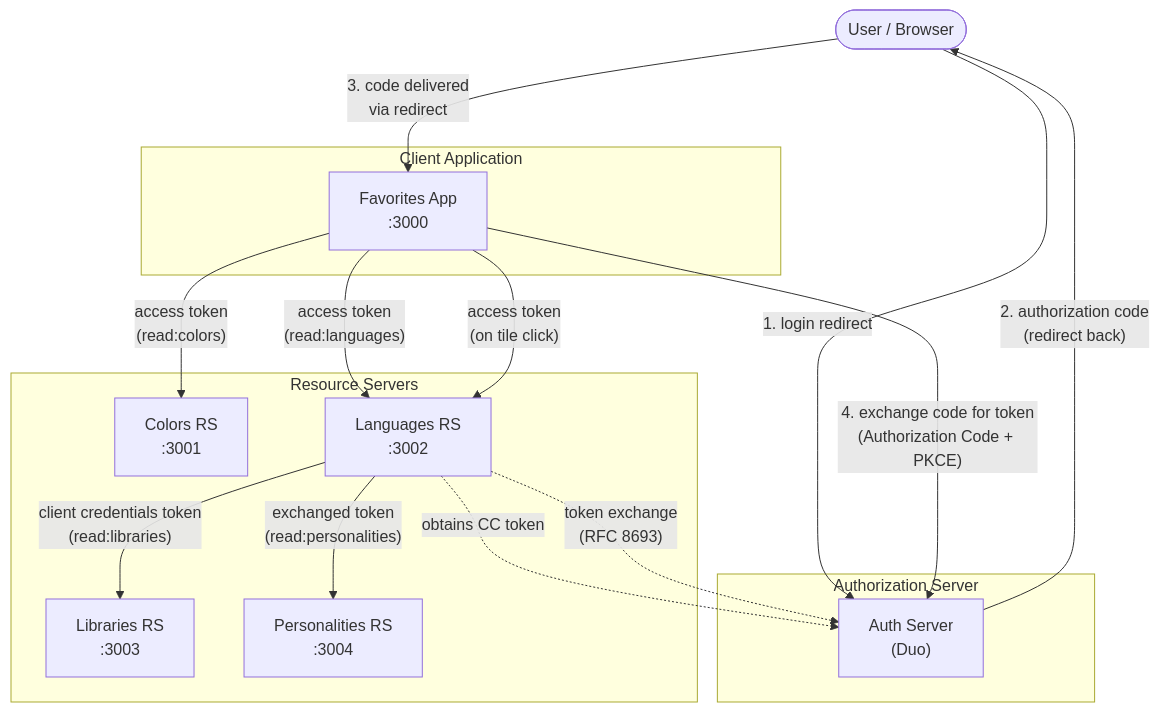
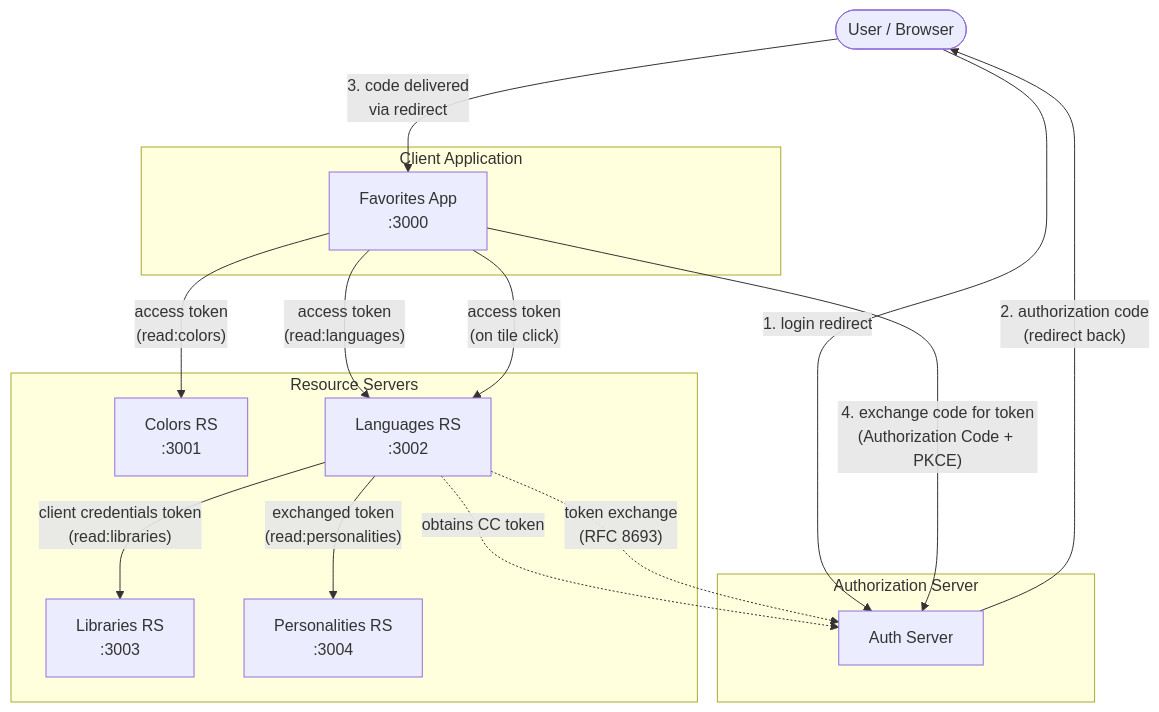
One commit to mkrauskopf/martinovo-auth changed the diagram in oauth/README.md. Above: the diagram before and after it, drawn with Mermaid. The commit also changed other lines of this file and 3 other files, not shown here.

````diff
--- a/oauth/README.md
+++ b/oauth/README.md
@@ -38,34 +38,34 @@
 ```mermaid
 graph TB
     User([User / Browser])
 
     subgraph "Client Application"
         FA["Favorites App<br/>:3000"]
     end
 
     subgraph "Authorization Server"
-        AS["Auth Server<br/>(Duo)"]
+        AS["Auth Server<br/>"]
     end
 
     subgraph "Resource Servers"
         CR["Colors RS<br/>:3001"]
         LR["Languages RS<br/>:3002"]
         BR["Libraries RS<br/>:3003"]
         PR["Personalities RS<br/>:3004"]
     end
 
     User -- "1. login redirect" --> AS
     AS -- "2. authorization code<br/>(redirect back)" --> User
     User -- "3. code delivered<br/>via redirect" --> FA
     FA -- "4. exchange code for token<br/>(Authorization Code + PKCE)" --> AS
 
     FA -- "access token<br/>(read:colors)" --> CR
     FA -- "access token<br/>(read:languages)" --> LR
     FA -- "access token<br/>(on tile click)" --> LR
 
     LR -- "client credentials token<br/>(read:libraries)" --> BR
     LR -. "obtains CC token" .-> AS
 
     LR -- "exchanged token<br/>(read:personalities)" --> PR
     LR -. "token exchange<br/>(RFC 8693)" .-> AS
 ```
````
